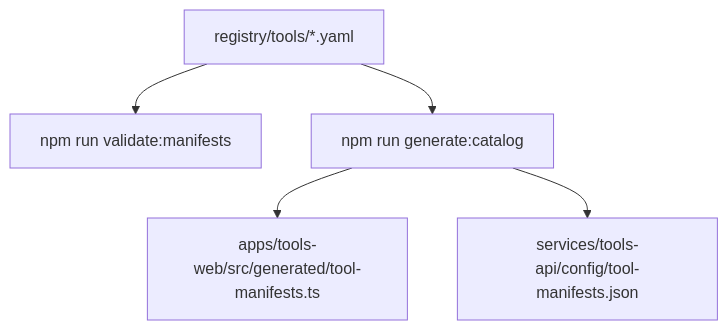
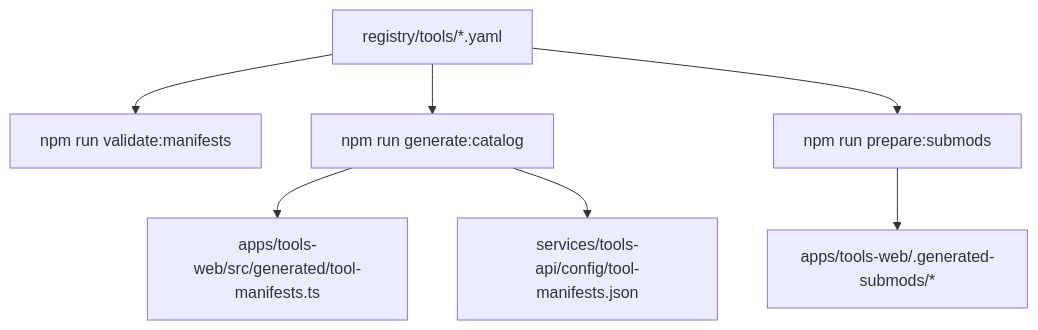
One commit to Heersin/PublicToolbox changed the second of 2 diagrams in docs/ARCHITECTURE.md. Above: the diagram before and after it, drawn with Mermaid. The commit also changed other lines of this file and 7 other files, not shown here.

````diff
--- a/docs/ARCHITECTURE.md
+++ b/docs/ARCHITECTURE.md
@@ -94,7 +97,9 @@
 ```mermaid
 flowchart TD
   M[registry/tools/*.yaml] --> V[npm run validate:manifests]
   M --> B[npm run generate:catalog]
+  M --> S[npm run prepare:submods]
   B --> G1[apps/tools-web/src/generated/tool-manifests.ts]
   B --> G2[services/tools-api/config/tool-manifests.json]
+  S --> G3[apps/tools-web/.generated-submods/*]
 ```
````
